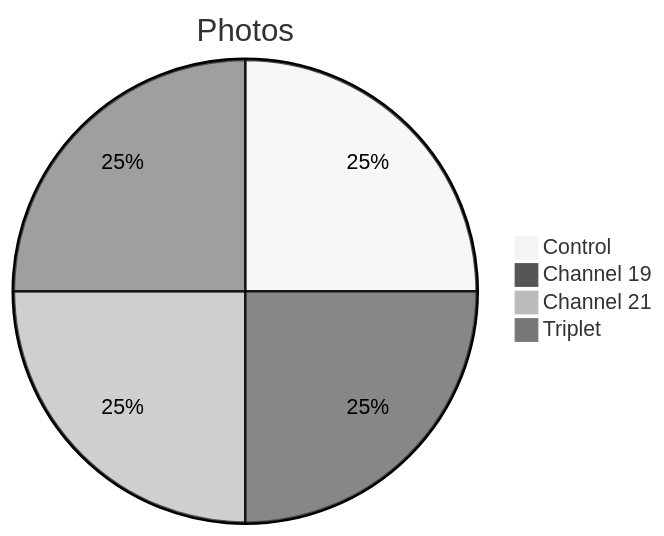
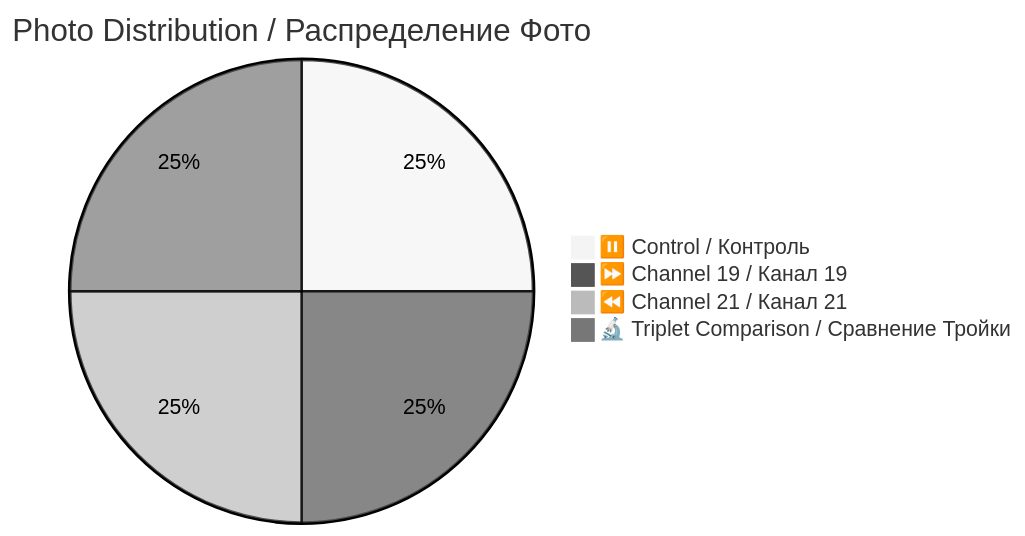
Before and after one commit to AdvancedScientificResearchProjects/Hyperbolic_Field_BloodPlasma_Study: the first of 2 diagrams in original_research/data/patient-04/photos/README.md, drawn with Mermaid (neutral theme). The commit also changed other lines of this file and 6 other files, not shown here.

````diff
--- a/original_research/data/patient-04/photos/README.md
+++ b/original_research/data/patient-04/photos/README.md
@@ -15,7 +15,7 @@
 ```mermaid
-pie title Photos
-    "Control" : 1
-    "Channel 19" : 1
-    "Channel 21" : 1
-    "Triplet" : 1
+pie title Photo Distribution / Распределение Фото
+    "⏸️ Control / Контроль" : 1
+    "⏩ Channel 19 / Канал 19" : 1
+    "⏪ Channel 21 / Канал 21" : 1
+    "🔬 Triplet Comparison / Сравнение Тройки" : 1
 ```
````
